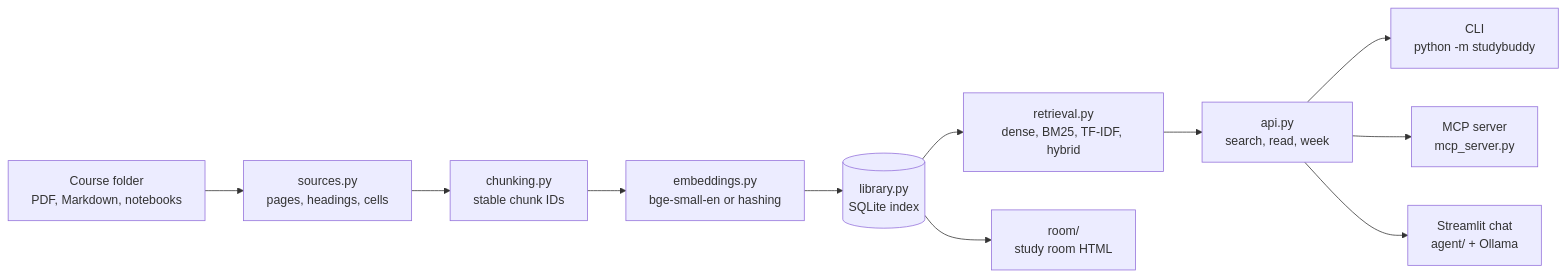
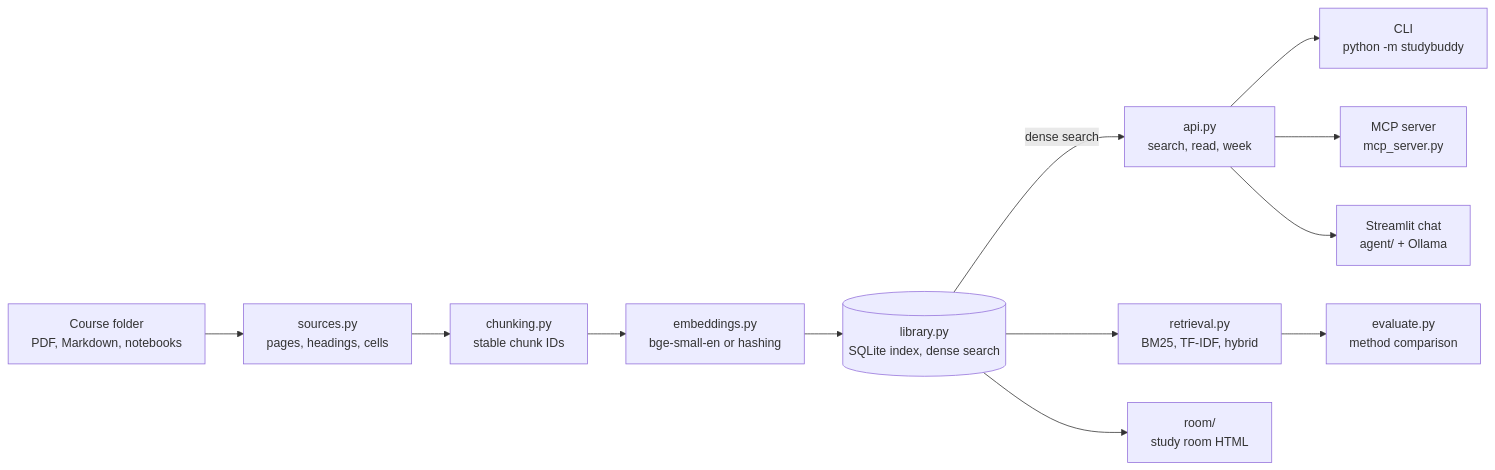
One commit to KoalaLyfestyle/Study-Buddy changed the diagram in README.md. Above: the diagram before and after it, drawn with Mermaid. The commit also changed other lines of this file and 7 other files, not shown here.

First line of the commit message:
[GH-14] Fix review findings: diagram, chunk ID claims, moved content, CLI demo

````diff
--- a/README.md
+++ b/README.md
@@ -52,13 +56,14 @@
 ```mermaid
 flowchart LR
   F["Course folder<br/>PDF, Markdown, notebooks"] --> S["sources.py<br/>pages, headings, cells"]
   S --> C["chunking.py<br/>stable chunk IDs"]
   C --> E["embeddings.py<br/>bge-small-en or hashing"]
-  E --> L[("library.py<br/>SQLite index")]
-  L --> R["retrieval.py<br/>dense, BM25, TF-IDF, hybrid"]
-  R --> A["api.py<br/>search, read, week"]
+  E --> L[("library.py<br/>SQLite index, dense search")]
+  L -- "dense search" --> A["api.py<br/>search, read, week"]
+  L --> R["retrieval.py<br/>BM25, TF-IDF, hybrid"]
+  R --> Ev["evaluate.py<br/>method comparison"]
   A --> CLI["CLI<br/>python -m studybuddy"]
   A --> MCP["MCP server<br/>mcp_server.py"]
   A --> Chat["Streamlit chat<br/>agent/ + Ollama"]
   L --> Room["room/<br/>study room HTML"]
 ```
````
